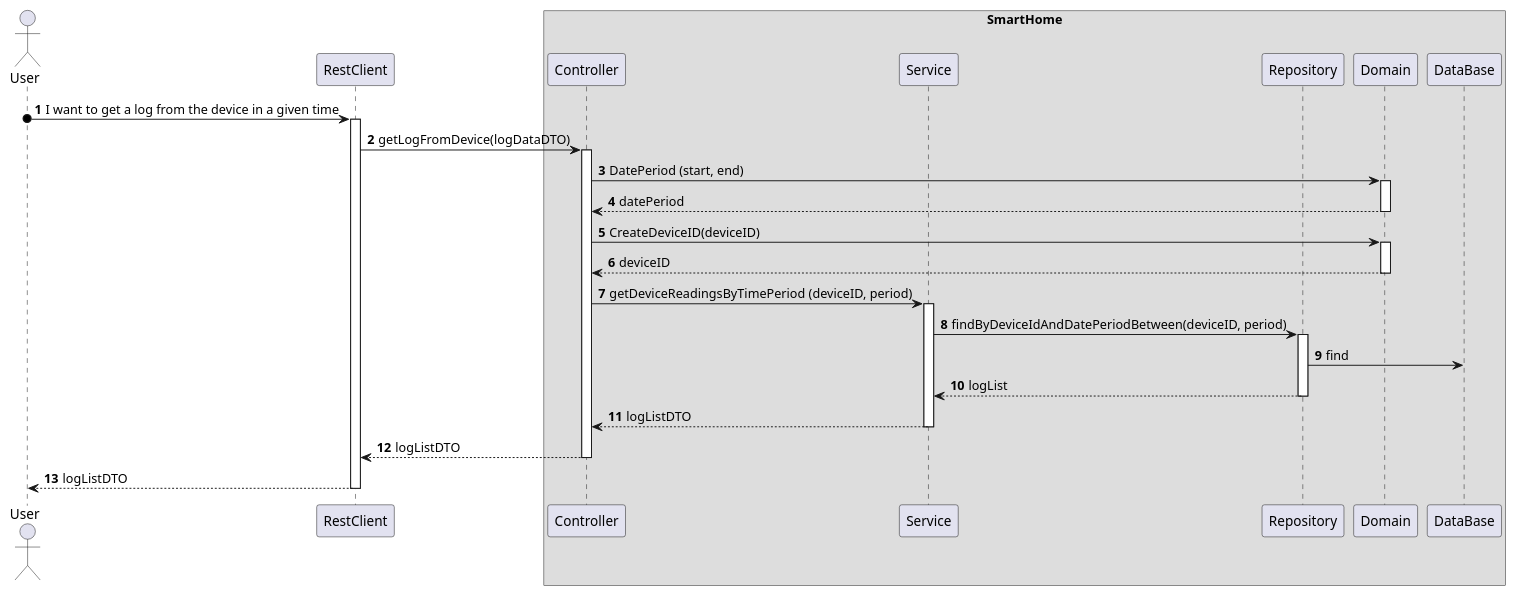
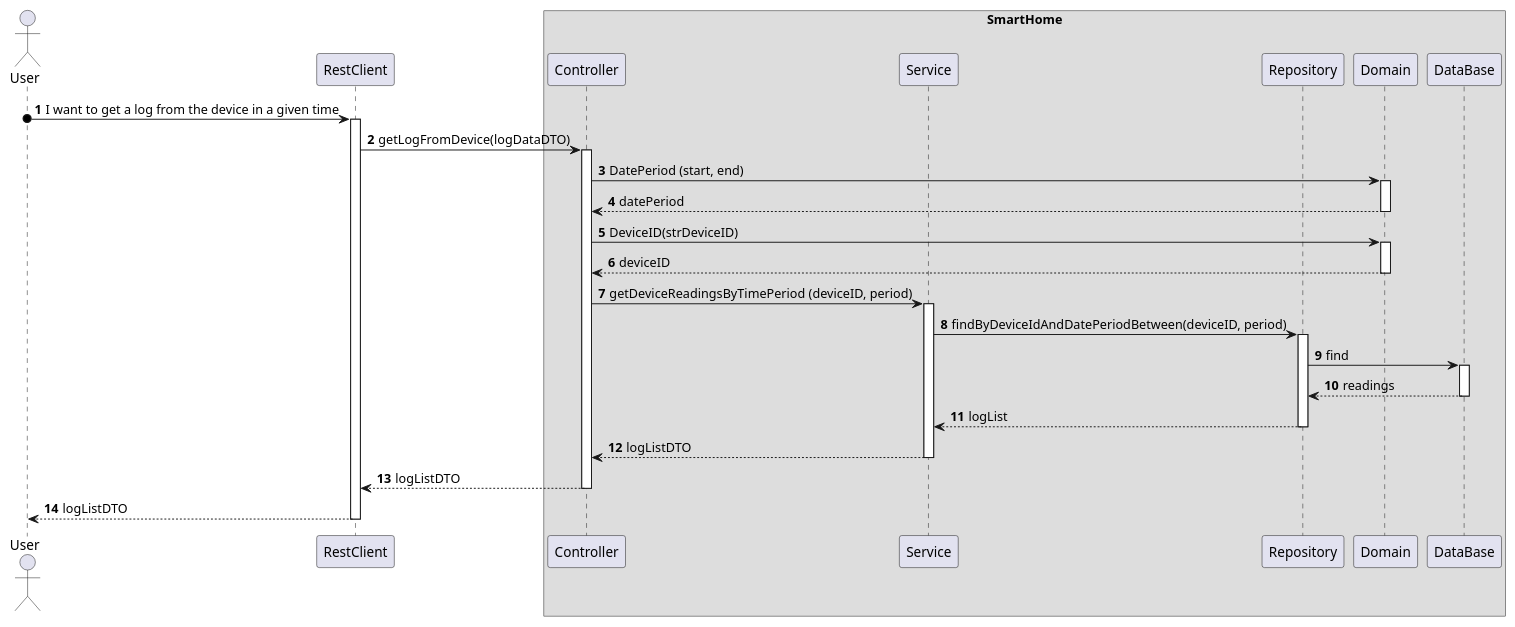
The diagram in docs/ooa/C4_4plus1_models_v2/Level3/ProcessView/ProcessViewLevel3_UC11.puml (olivDiogo/SmartHome), drawn with PlantUML before and after one commit. The commit also changed 7 other files, not shown here.

Commit message:
fix: fixed ProcessViewLevel3 diagrams #468

```diff
--- a/docs/ooa/C4_4plus1_models_v2/Level3/ProcessView/ProcessViewLevel3_UC11.puml
+++ b/docs/ooa/C4_4plus1_models_v2/Level3/ProcessView/ProcessViewLevel3_UC11.puml
@@ -1,47 +1,57 @@
 @startuml
 'https://plantuml.com/sequence-diagram
 !pragma layout smetana
 
 autonumber
 
 actor "User" as User
 participant "RestClient" as RC
 
 box "SmartHome"
     participant "Controller" as CTRL
     participant "Service" as SV
     participant "Repository" as REPO
     participant "Domain" as DOM
     participant "DataBase" as BD
 end box
 
 User o-> RC : I want to get a log from the device in a given time
 activate RC
+
 RC -> CTRL : getLogFromDevice(logDataDTO)
 activate CTRL
+
 CTRL -> DOM : DatePeriod (start, end)
 activate DOM
 DOM --> CTRL : datePeriod
 deactivate DOM
-CTRL -> DOM : CreateDeviceID(deviceID)
+
+CTRL -> DOM : DeviceID(strDeviceID)
 activate DOM
 DOM --> CTRL : deviceID
 deactivate DOM
 
 CTRL -> SV : getDeviceReadingsByTimePeriod (deviceID, period)
 activate SV
+
 SV -> REPO : findByDeviceIdAndDatePeriodBetween(deviceID, period)
 activate REPO
+
 REPO -> BD : find
+activate BD
+
+BD --> REPO : readings
+deactivate BD
+
 REPO --> SV : logList
 deactivate REPO
 
 SV --> CTRL : logListDTO
 deactivate SV
 CTRL --> RC : logListDTO
 deactivate CTRL
 RC --> User : logListDTO
 deactivate RC
 
 
 @enduml
```
